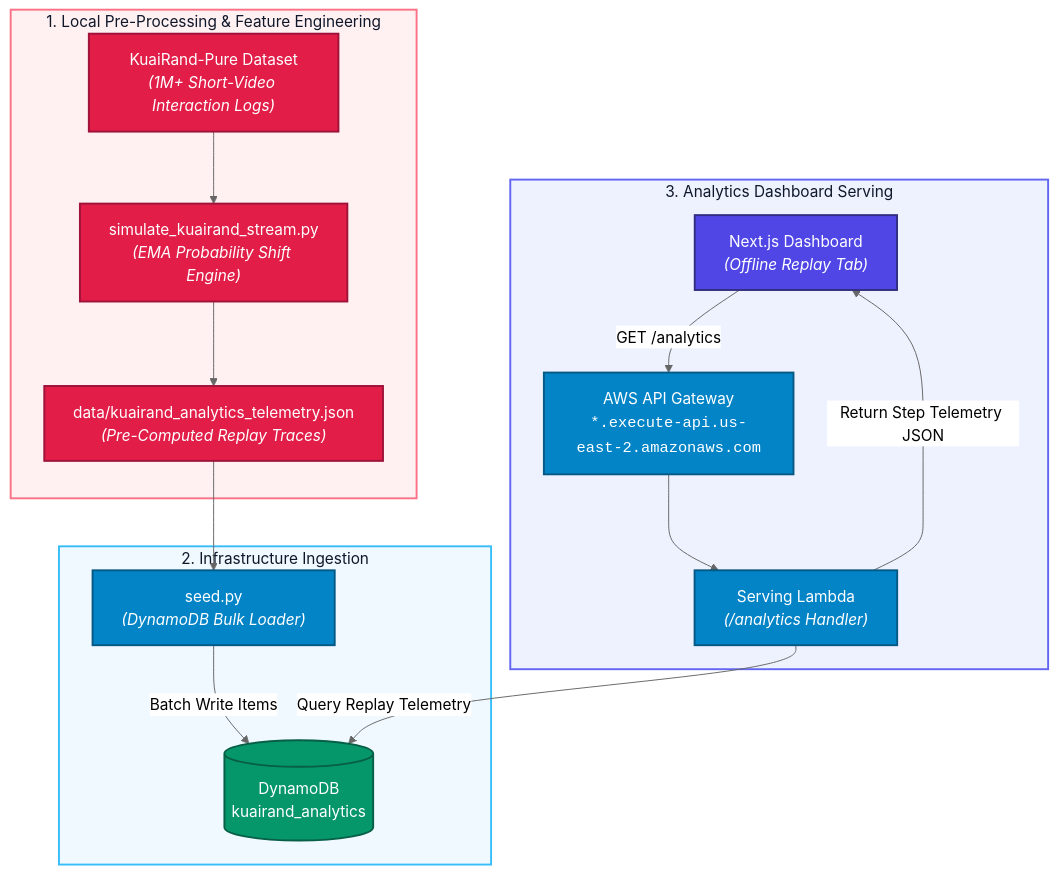
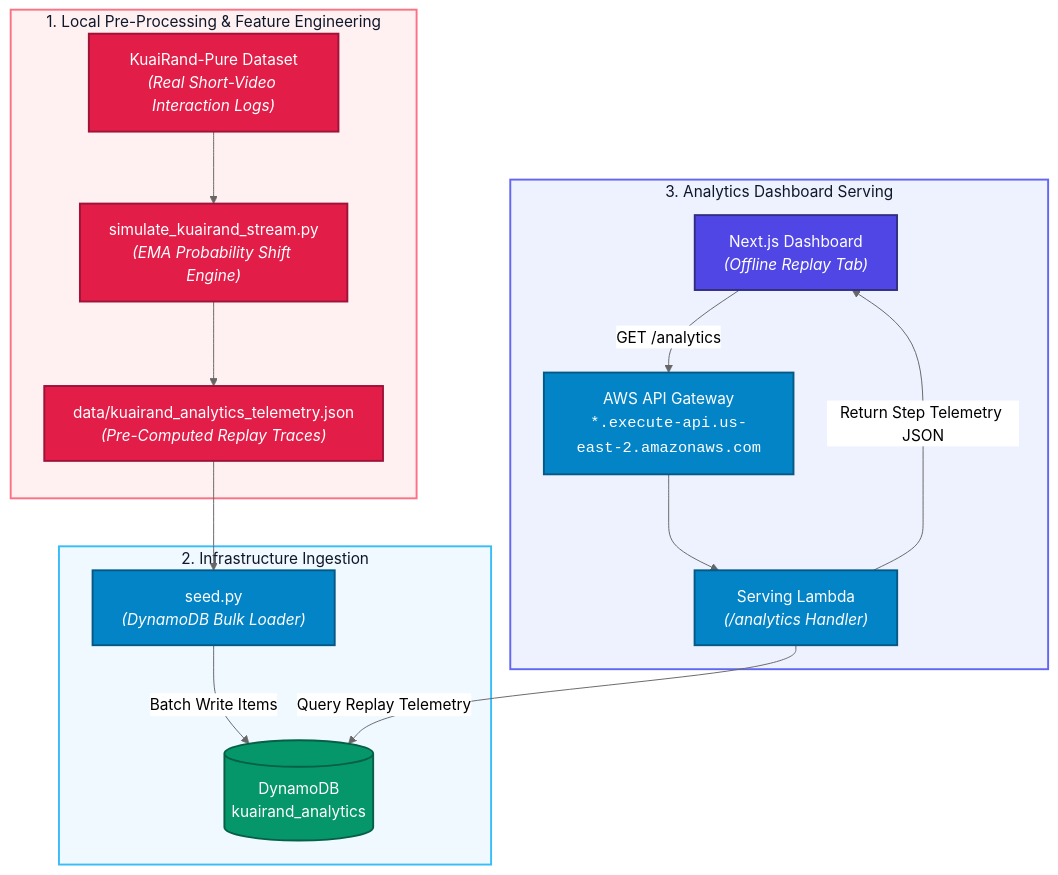
Before and after one commit to sriyavemuri26/realtime-personalization-engine: the second of 2 diagrams in README.md, drawn with Mermaid (neutral theme).

Commit message:
Change dataset label in README flowchart
Updated dataset description in flowchart.

````diff
--- a/README.md
+++ b/README.md
@@ -63,35 +63,35 @@
 ```mermaid
 flowchart TD
     subgraph OFFLINE["1. Local Pre-Processing & Feature Engineering"]
-        CSV["KuaiRand-Pure Dataset<br/><i>(1M+ Short-Video Interaction Logs)</i>"] --> SIM["simulate_kuairand_stream.py<br/><i>(EMA Probability Shift Engine)</i>"]
+        CSV["KuaiRand-Pure Dataset<br/><i>(Real Short-Video Interaction Logs)</i>"] --> SIM["simulate_kuairand_stream.py<br/><i>(EMA Probability Shift Engine)</i>"]
         SIM --> JSON["data/kuairand_analytics_telemetry.json<br/><i>(Pre-Computed Replay Traces)</i>"]
     end
 
     subgraph SEEDING["2. Infrastructure Ingestion"]
         JSON --> SEED["seed.py<br/><i>(DynamoDB Bulk Loader)</i>"]
         SEED -->|"Batch Write Items"| KA[("DynamoDB<br/>kuairand_analytics")]
     end
 
     subgraph SERVING["3. Analytics Dashboard Serving"]
         ORT["Next.js Dashboard<br/><i>(Offline Replay Tab)</i>"] -->|"GET /analytics"| GW["AWS API Gateway<br/><code>*.execute-api.us-east-2.amazonaws.com</code>"]
         GW --> SERV["Serving Lambda<br/><i>(/analytics Handler)</i>"]
         SERV -->|"Query Replay Telemetry"| KA
         SERV -->|"Return Step Telemetry JSON"| ORT
     end
 
     %% Node Fills & Text Colors
     classDef offline fill:#e11d48,stroke:#9f1239,stroke-width:2px,color:#ffffff;
     classDef aws fill:#0284c7,stroke:#075985,stroke-width:2px,color:#ffffff;
     classDef storage fill:#059669,stroke:#065f46,stroke-width:2px,color:#ffffff;
     classDef ui fill:#4f46e5,stroke:#312e81,stroke-width:2px,color:#ffffff;
 
     class CSV,SIM,JSON offline;
     class SEED,GW,SERV aws;
     class KA storage;
     class ORT ui;
 
     %% Subgraph Fills & Dark Text Styling
     style OFFLINE fill:#fff1f2,stroke:#fb7185,stroke-width:2px,color:#0f172a;
     style SEEDING fill:#f0f9ff,stroke:#38bdf8,stroke-width:2px,color:#0f172a;
     style SERVING fill:#eef2ff,stroke:#6366f1,stroke-width:2px,color:#0f172a;
 ```
````
